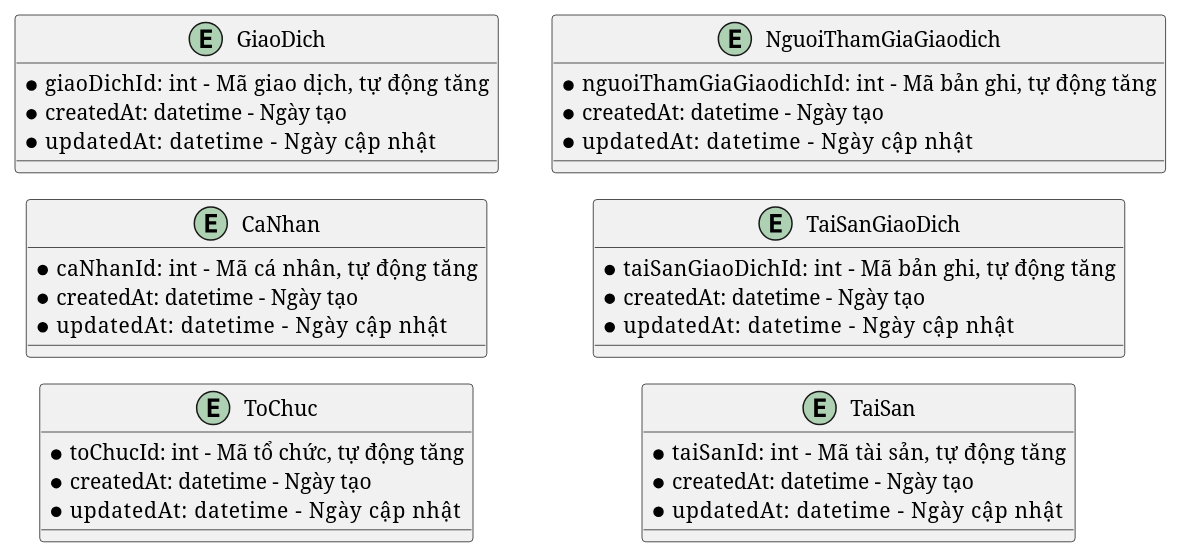
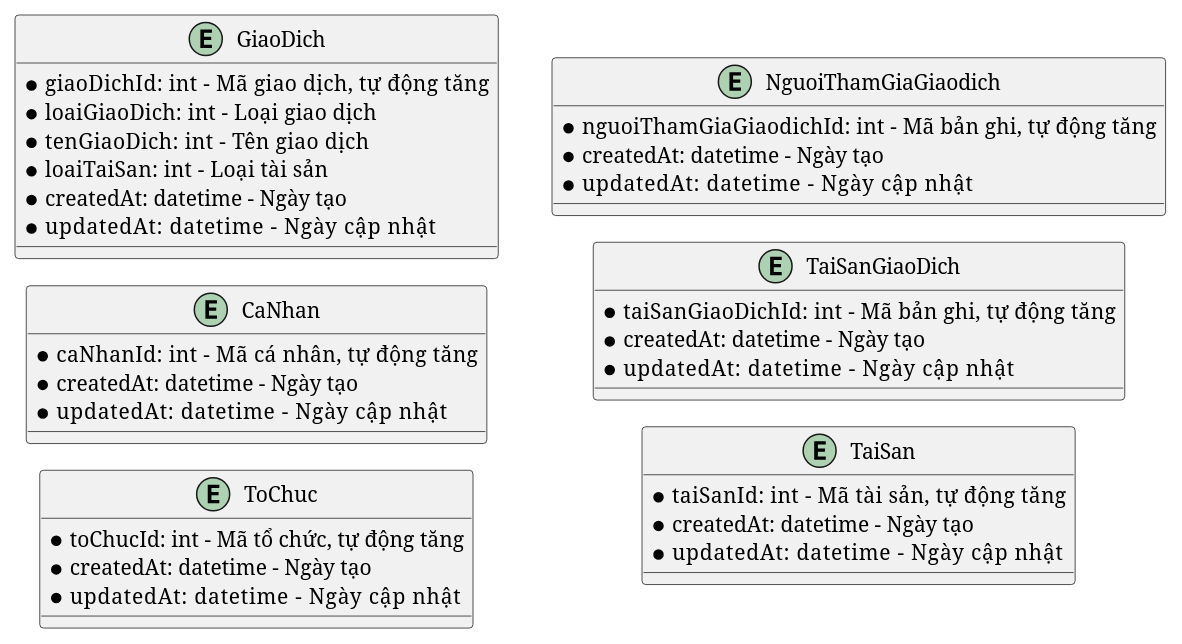
The diagram in 3.ldm.puml (alvinnguyen9820-prog/CSDL-Cong-Chung), drawn with PlantUML before and after one commit. The commit also changed 5 other files, not shown here.

Commit message:
Upate functions, ERD, attribute,..

```diff
--- a/3.ldm.puml
+++ b/3.ldm.puml
@@ -1,44 +1,47 @@
 @startuml ldm
 !pragma layout smetana
 left to right direction
 entity GiaoDich
 entity CaNhan
 entity ToChuc
 entity NguoiThamGiaGiaodich
 entity TaiSanGiaoDich
 
 entity GiaoDich {
   * giaoDichId: int    - Mã giao dịch, tự động tăng
+  * loaiGiaoDich: int    - Loại giao dịch
+  * tenGiaoDich: int    - Tên giao dịch
+  * loaiTaiSan: int    - Loại tài sản 
   * createdAt: datetime - Ngày tạo
   * updatedAt: datetime      - Ngày cập nhật
 
 }
 entity CaNhan {
   * caNhanId: int    - Mã cá nhân, tự động tăng
   * createdAt: datetime - Ngày tạo
   * updatedAt: datetime      - Ngày cập nhật
 }
 entity ToChuc {
   * toChucId: int - Mã tổ chức, tự động tăng
   * createdAt: datetime - Ngày tạo
   * updatedAt: datetime      - Ngày cập nhật
 }
 entity NguoiThamGiaGiaodich {
   * nguoiThamGiaGiaodichId: int    - Mã bản ghi, tự động tăng
   * createdAt: datetime - Ngày tạo
   * updatedAt: datetime      - Ngày cập nhật
 }
 entity TaiSan {
   * taiSanId: int    - Mã tài sản, tự động tăng
   * createdAt: datetime - Ngày tạo
   * updatedAt: datetime      - Ngày cập nhật
 }
 
 entity TaiSanGiaoDich {
   * taiSanGiaoDichId: int    - Mã bản ghi, tự động tăng
   * createdAt: datetime - Ngày tạo
   * updatedAt: datetime      - Ngày cập nhật
 }
 
 
 @enduml
```
